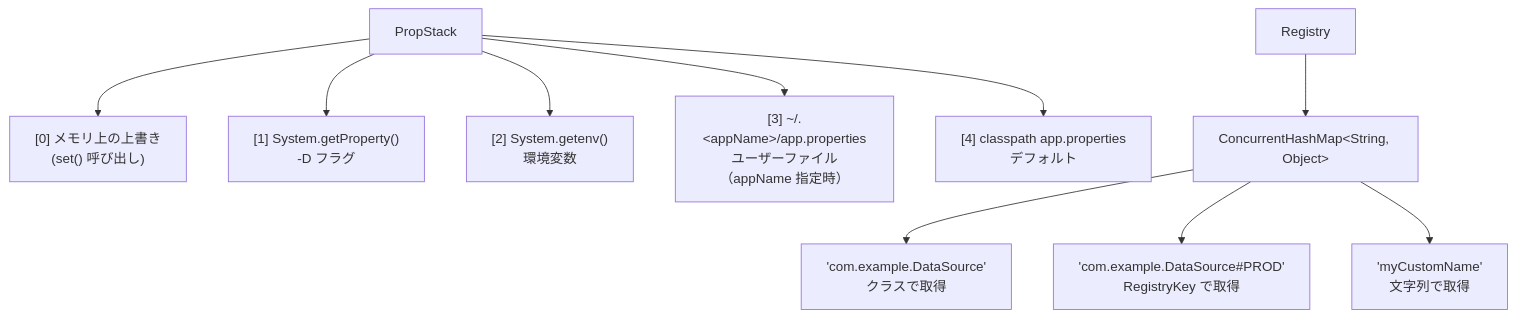
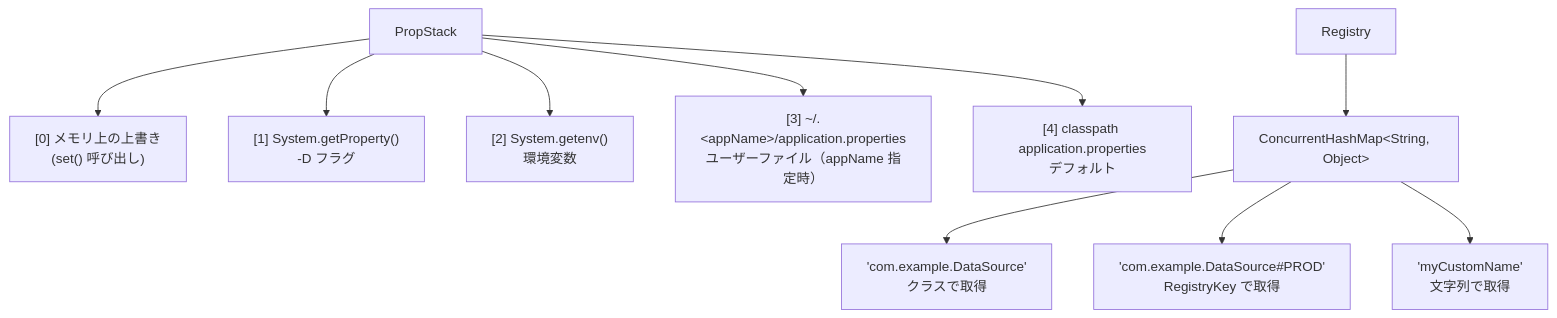
The diagram in README.ja.md (opaopa6969/propstack), drawn with Mermaid before and after one commit. The commit also changed 9 other files, not shown here.

````diff
--- a/README.ja.md
+++ b/README.ja.md
@@ -394,16 +394,16 @@
 ```mermaid
 flowchart TD
     PS[PropStack]
     PS --> P0["[0] メモリ上の上書き<br/>(set() 呼び出し)"]
     PS --> P1["[1] System.getProperty()<br/>-D フラグ"]
     PS --> P2["[2] System.getenv()<br/>環境変数"]
-    PS --> P3["[3] ~/.&lt;appName&gt;/app.properties<br/>ユーザーファイル（appName 指定時）"]
-    PS --> P4["[4] classpath app.properties<br/>デフォルト"]
+    PS --> P3["[3] ~/.&lt;appName&gt;/application.properties<br/>ユーザーファイル（appName 指定時）"]
+    PS --> P4["[4] classpath application.properties<br/>デフォルト"]
 
     Reg[Registry]
     Map["ConcurrentHashMap&lt;String, Object&gt;"]
     Reg --> Map
     Map --> K1["'com.example.DataSource'<br/>クラスで取得"]
     Map --> K2["'com.example.DataSource#PROD'<br/>RegistryKey で取得"]
     Map --> K3["'myCustomName'<br/>文字列で取得"]
 ```
````
